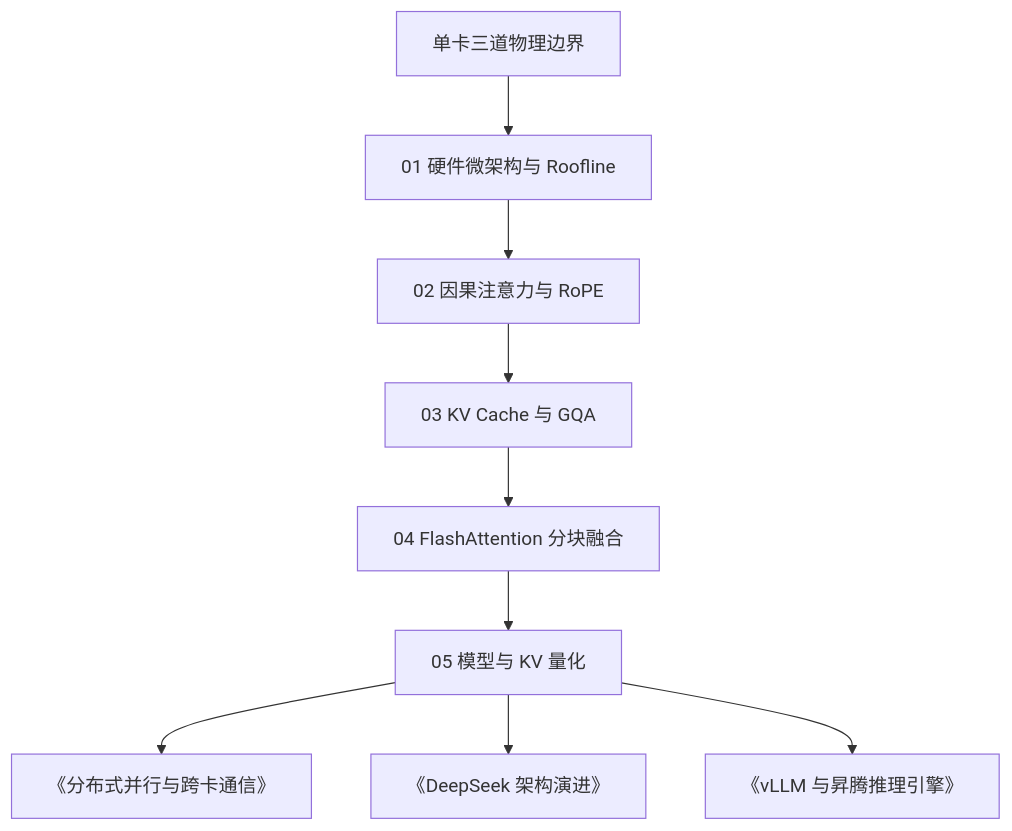
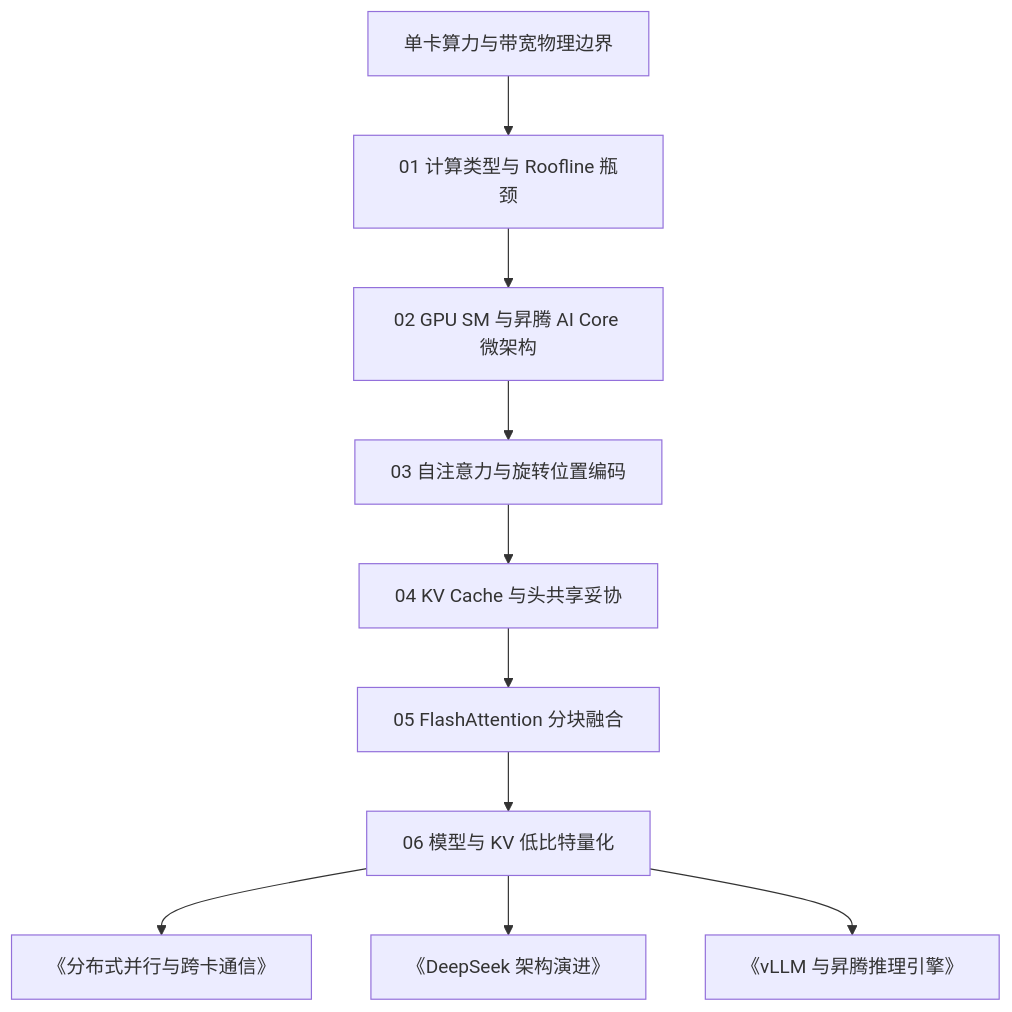
Before and after one commit to xingcanlee/infra-note: the diagram in src/content/posts/foundations/index.mdx, drawn with Mermaid. The commit also changed other lines of this file and 183 other files, not shown here.

Commit message:
feat: add aclgraph series, overhaul foundations and diagrams, and upgrade astro-wisp to 0.6.2

````diff
--- a/src/content/posts/foundations/index.mdx
+++ b/src/content/posts/foundations/index.mdx
@@ -16,11 +16,12 @@
-```mermaid caption="图 1：推理与异构硬件基础五章演进路线"
+```mermaid caption="图 1：推理与异构硬件基础六章演进路线"
 flowchart TD
-    S["单卡三道物理边界"] --> C1["01 硬件微架构与 Roofline"]
-    C1 --> C2["02 因果注意力与 RoPE"]
-    C2 --> C3["03 KV Cache 与 GQA"]
-    C3 --> C4["04 FlashAttention 分块融合"]
-    C4 --> C5["05 模型与 KV 量化"]
-    C5 --> D["《分布式并行与跨卡通信》"]
-    C5 --> DS["《DeepSeek 架构演进》"]
-    C5 --> V["《vLLM 与昇腾推理引擎》"]
+    S["单卡算力与带宽物理边界"] --> C1["01 计算类型与 Roofline 瓶颈"]
+    C1 --> C2["02 GPU SM 与昇腾 AI Core 微架构"]
+    C2 --> C3["03 自注意力与旋转位置编码"]
+    C3 --> C4["04 KV Cache 与头共享妥协"]
+    C4 --> C5["05 FlashAttention 分块融合"]
+    C5 --> C6["06 模型与 KV 低比特量化"]
+    C6 --> D["《分布式并行与跨卡通信》"]
+    C6 --> DS["《DeepSeek 架构演进》"]
+    C6 --> V["《vLLM 与昇腾推理引擎》"]
 ```
````
